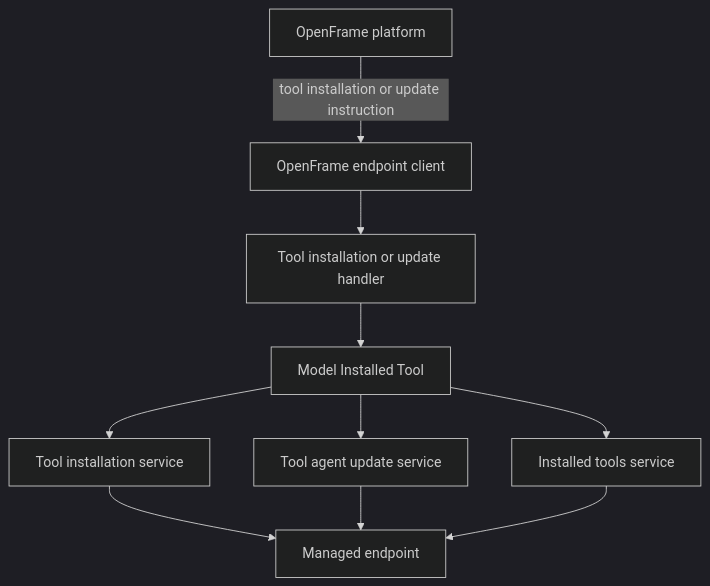
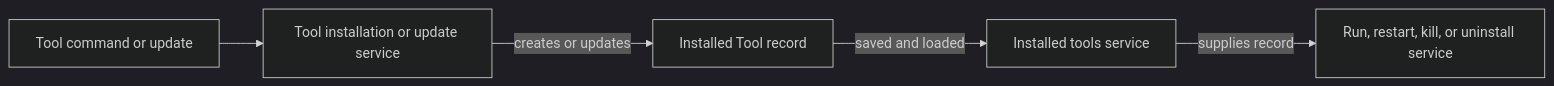
Before and after one commit to flamingo-stack/openframe-oss-tenant: the first of 4 diagrams in docs/reference/architecture/openframe-client-core/model-installed-tool/model-installed-tool.md, drawn with Mermaid (dark theme). The commit also changed other lines of this file and 2377 other files, not shown here.

````diff
--- a/docs/reference/architecture/openframe-client-core/model-installed-tool/model-installed-tool.md
+++ b/docs/reference/architecture/openframe-client-core/model-installed-tool/model-installed-tool.md
@@ -20,12 +23,12 @@
 ```mermaid
-flowchart TD
-    Platform["OpenFrame platform"] -->|"tool installation or update instruction"| Client["OpenFrame endpoint client"]
-    Client --> Handler["Tool installation or update handler"]
-    Handler --> Model["Model Installed Tool"]
-    Model --> InstallService["Tool installation service"]
-    Model --> UpdateService["Tool agent update service"]
-    Model --> ToolStore["Installed tools service"]
-    InstallService --> Host["Managed endpoint"]
-    UpdateService --> Host
-    ToolStore --> Host
+flowchart LR
+    Command["Tool command or update"]
+    Installer["Tool installation or update service"]
+    Record["Installed Tool record"]
+    Store["Installed tools service"]
+    Runtime["Run, restart, kill, or uninstall service"]
+    Command --> Installer
+    Installer -->|"creates or updates"| Record
+    Record -->|"saved and loaded"| Store
+    Store -->|"supplies record"| Runtime
 ```
````
